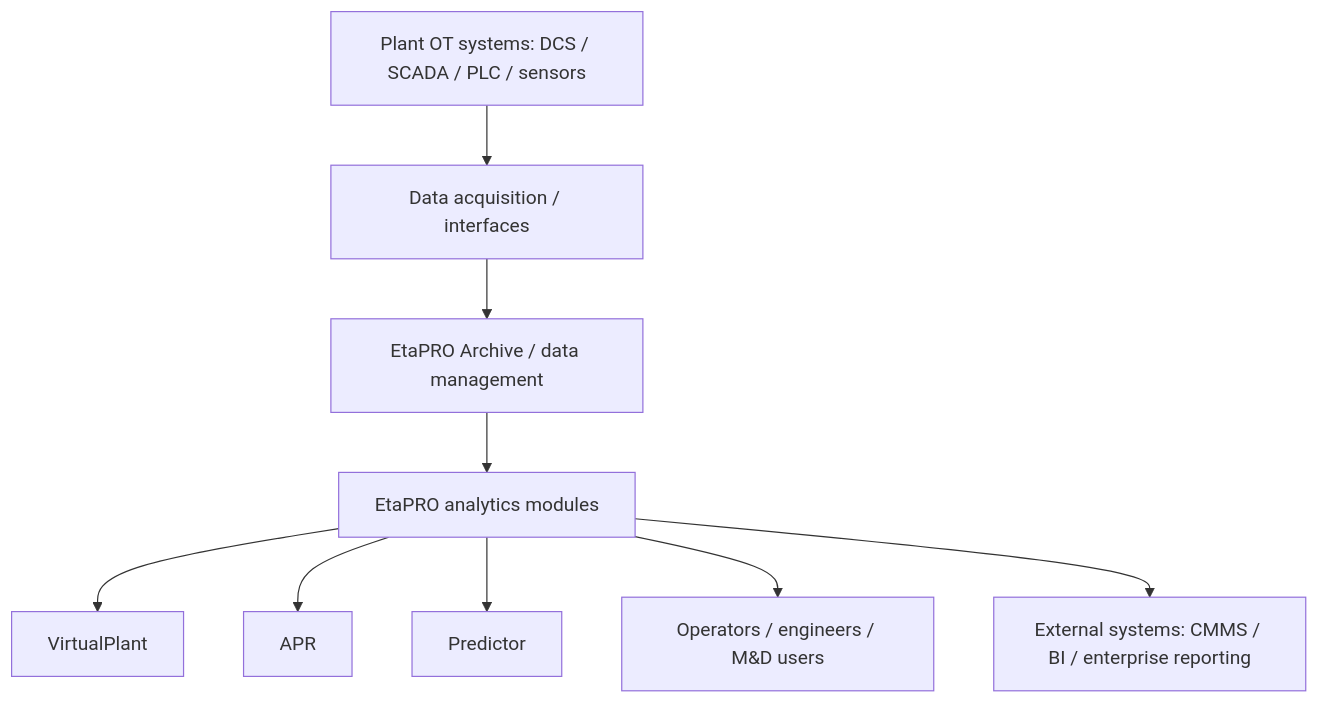
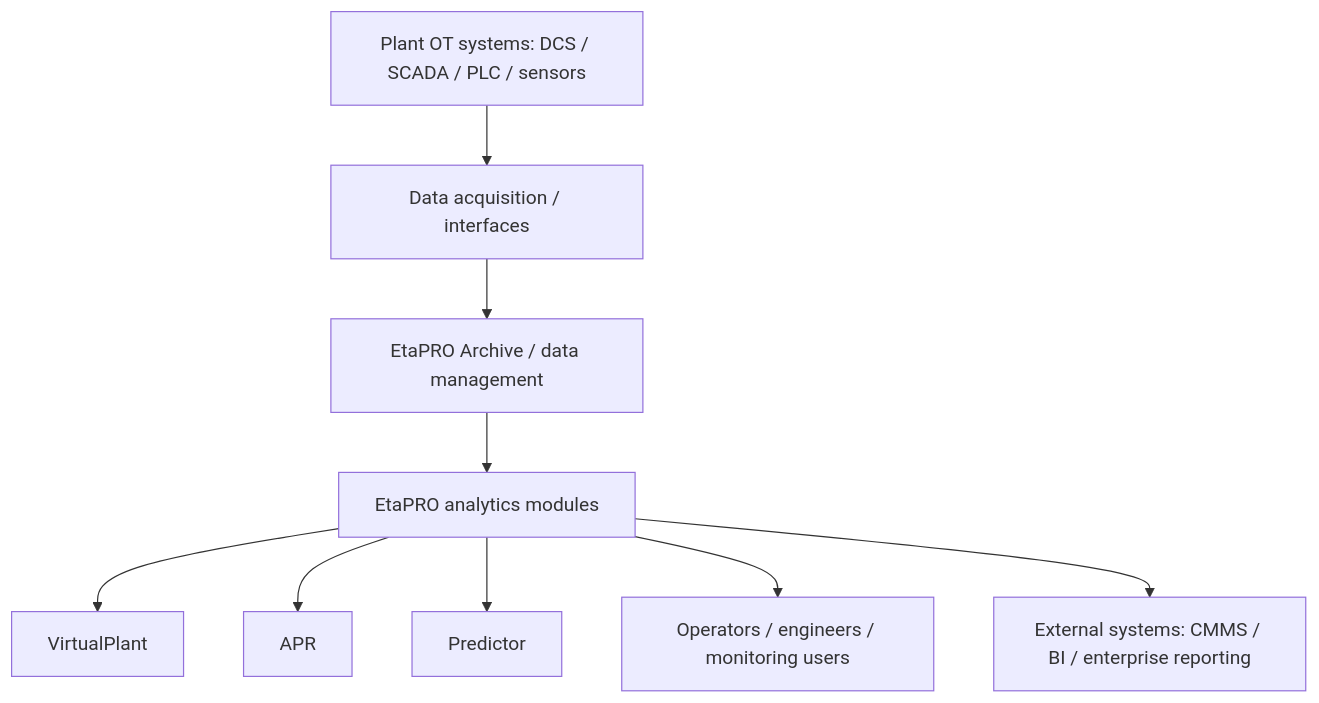
One commit to hieudovn/NOVA-knowledge-hub changed the diagram in content/wiki/solutions/etapro.md. Above: the diagram before and after it, drawn with Mermaid. The commit also changed 4 other files, not shown here.

````diff
--- a/content/wiki/solutions/etapro.md
+++ b/content/wiki/solutions/etapro.md
@@ -78,11 +78,11 @@
 ```mermaid
 flowchart TD
-  OT[Plant OT systems: DCS / SCADA / PLC / sensors] --> DA[Data acquisition / interfaces]
-  DA --> Archive[EtaPRO Archive / data management]
-  Archive --> Analytics[EtaPRO analytics modules]
+  OT["Plant OT systems: DCS / SCADA / PLC / sensors"] --> DA["Data acquisition / interfaces"]
+  DA --> Archive["EtaPRO Archive / data management"]
+  Archive --> Analytics["EtaPRO analytics modules"]
   Analytics --> VP[VirtualPlant]
   Analytics --> APR[APR]
   Analytics --> Predictor[Predictor]
-  Analytics --> UI[Operators / engineers / M&D users]
-  Analytics --> External[External systems: CMMS / BI / enterprise reporting]
+  Analytics --> UI["Operators / engineers / monitoring users"]
+  Analytics --> External["External systems: CMMS / BI / enterprise reporting"]
 ```
````
